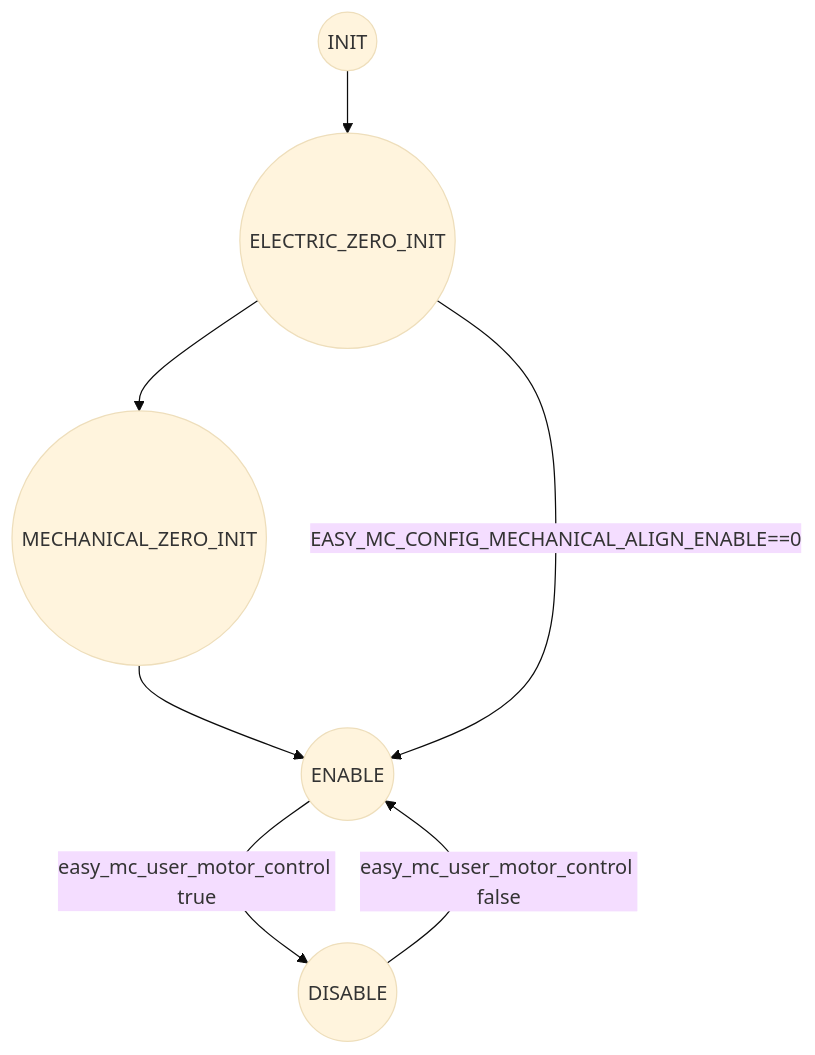
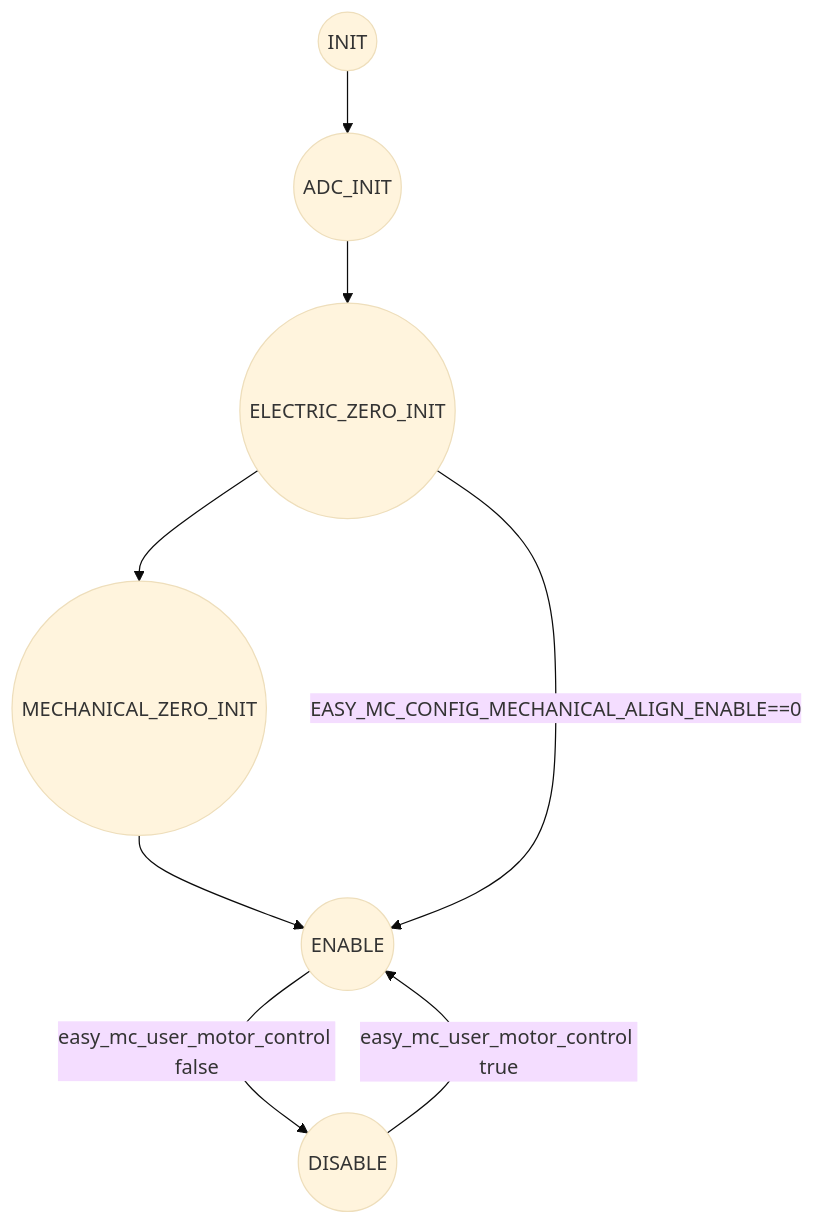
Before and after one commit to bobwenstudy/easy_mc: the fourth of 5 diagrams in README.md, drawn with Mermaid (base theme). The commit also changed other lines of this file, not shown here.

Commit message:
1. 修正文档错误

````diff
--- a/README.md
+++ b/README.md
@@ -263,14 +263,16 @@
 ```mermaid
 graph TD
 A((INIT))
-B((ELECTRIC_ZERO_INIT))
-C((MECHANICAL_ZERO_INIT))
-D((ENABLE))
-E((DISABLE))
+B((ADC_INIT))
+C((ELECTRIC_ZERO_INIT))
+D((MECHANICAL_ZERO_INIT))
+E((ENABLE))
+F((DISABLE))
 A-->B
 B-->C
 C-->D
-D-->|easy_mc_user_motor_control true|E
-E-->|easy_mc_user_motor_control false|D
-B-->|EASY_MC_CONFIG_MECHANICAL_ALIGN_ENABLE==0|D
+D-->E
+E-->|easy_mc_user_motor_control false|F
+F-->|easy_mc_user_motor_control true|E
+C-->|EASY_MC_CONFIG_MECHANICAL_ALIGN_ENABLE==0|E
 ```
````
